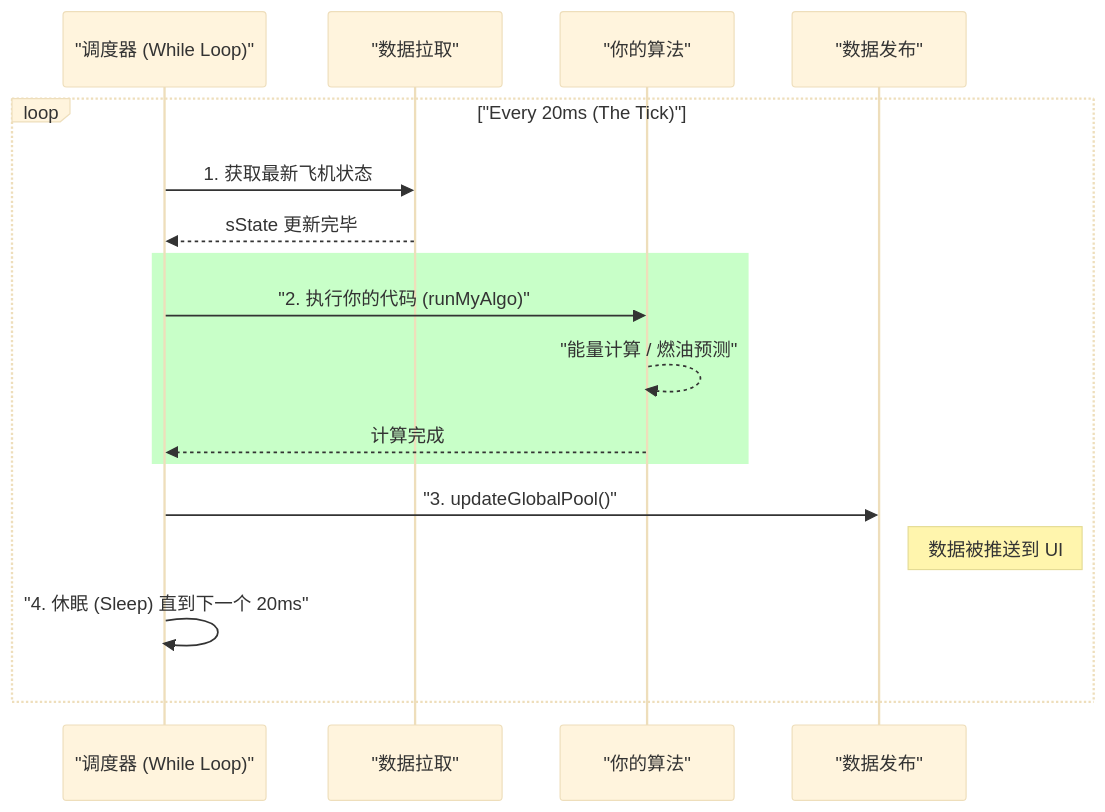
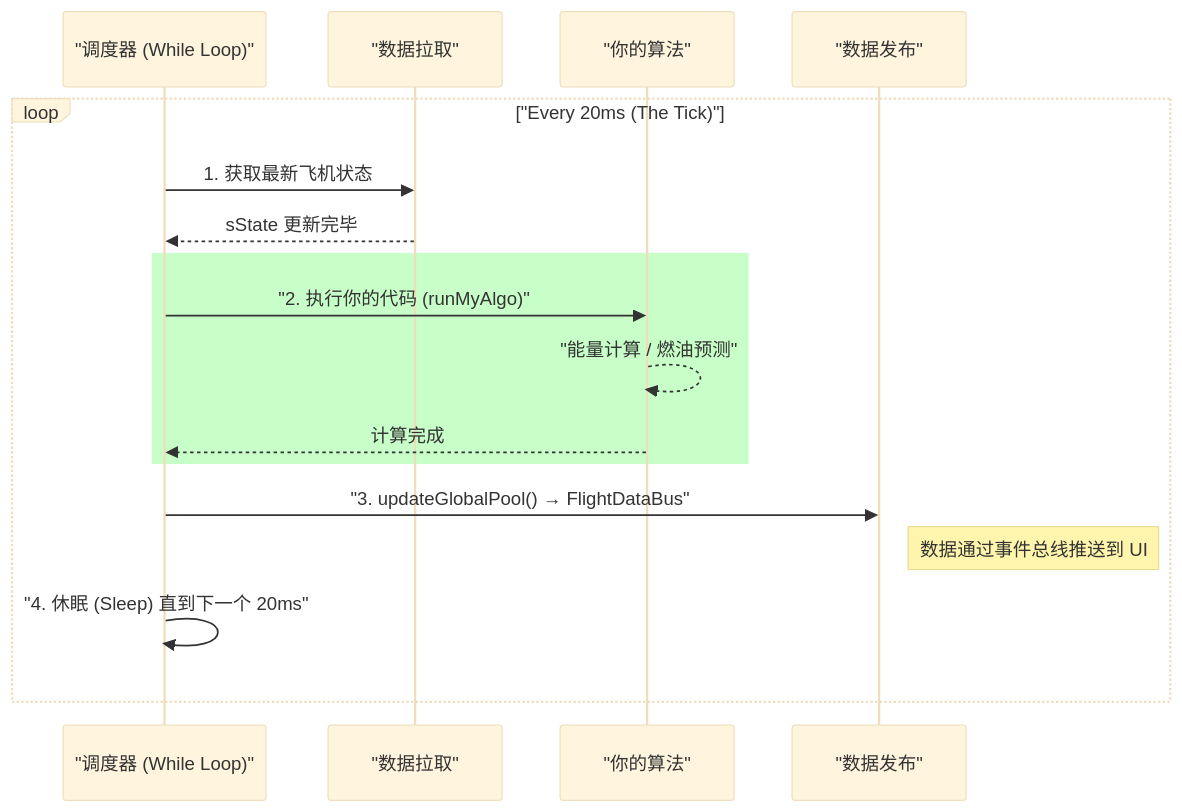
Before and after one commit to matrixsukhoi/voidmei: the second of 2 diagrams in doc/物理人也能看懂的voidmei算法开发指导.md, drawn with Mermaid (base theme). The commit also changed other lines of this file and 12 other files, not shown here.

Commit message:
(refactor) remove global data pool

````diff
--- a/doc/物理人也能看懂的voidmei算法开发指导.md
+++ b/doc/物理人也能看懂的voidmei算法开发指导.md
@@ -49,24 +50,24 @@
 ```mermaid
 sequenceDiagram
     participant Scheduler as "调度器 (While Loop)"
     participant Fetch as "数据拉取"
     participant Algo as "你的算法"
     participant Output as "数据发布"
 
     loop "Every 20ms (The Tick)"
         Scheduler->>Fetch: 1. 获取最新飞机状态
         Fetch-->>Scheduler: sState 更新完毕
         
         rect rgb(200, 255, 200)
             Scheduler->>Algo: "2. 执行你的代码 (runMyAlgo)"
             Algo-->>Algo: "能量计算 / 燃油预测"
             Algo-->>Scheduler: 计算完成
         end
 
         
-        Scheduler->>Output: "3. updateGlobalPool()"
-        Note right of Output: 数据被推送到 UI
+        Scheduler->>Output: "3. updateGlobalPool() → FlightDataBus"
+        Note right of Output: 数据通过事件总线推送到 UI
         
         Scheduler->>Scheduler: "4. 休眠 (Sleep) 直到下一个 20ms"
     end
 ```
````
